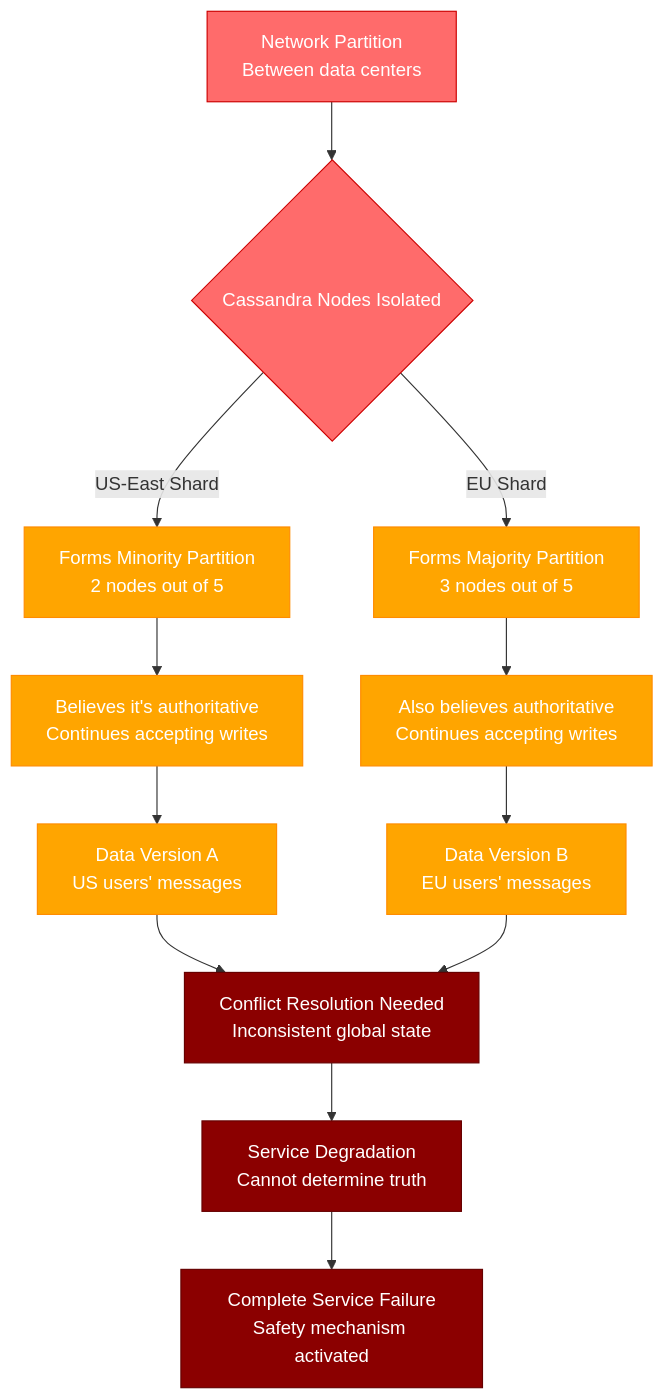
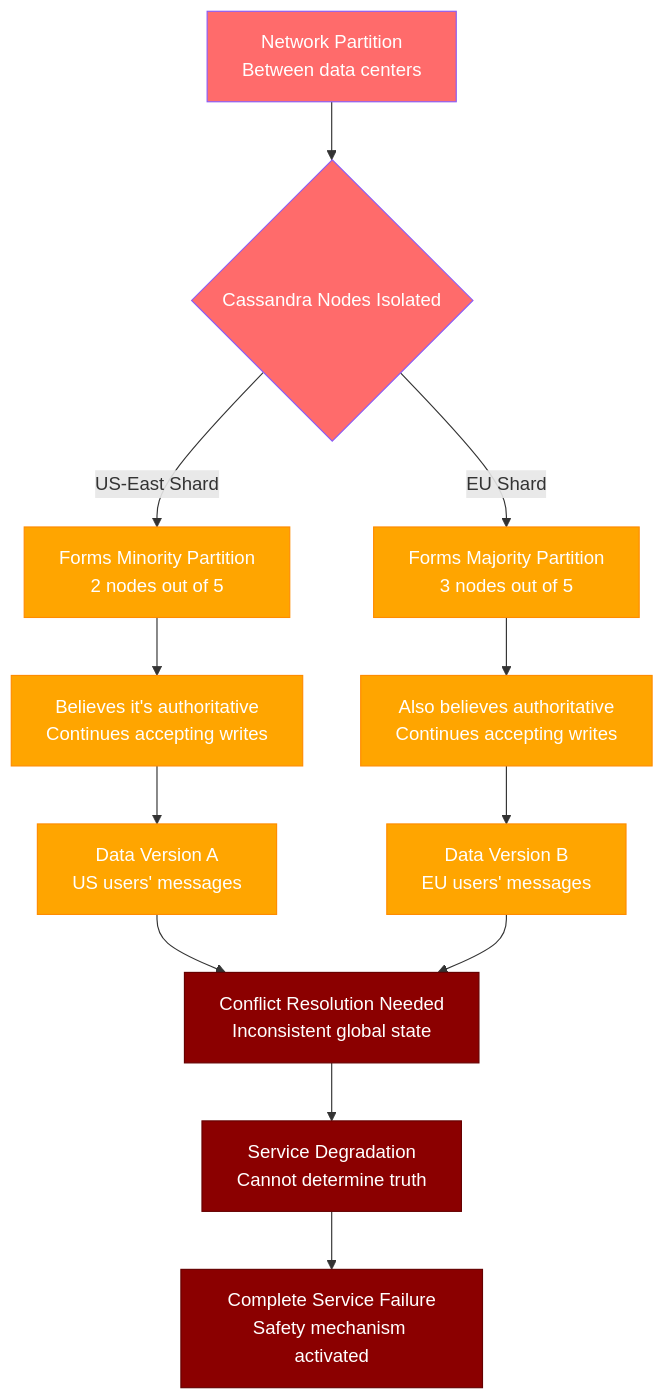
One commit to deepaucksharma/DS changed the sixth of 12 diagrams in site/docs/incidents/discord-march-2024.md. Above: the diagram before and after it, drawn with Mermaid. The commit also changed other lines of this file and 303 other files, not shown here.

````diff
--- a/site/docs/incidents/discord-march-2024.md
+++ b/site/docs/incidents/discord-march-2024.md
@@ -234,26 +234,26 @@
 ```mermaid
 flowchart TD
     A[Network Partition<br/>Between data centers] --> B{Cassandra Nodes Isolated}
     B -->|US-East Shard| C[Forms Minority Partition<br/>2 nodes out of 5]
     B -->|EU Shard| D[Forms Majority Partition<br/>3 nodes out of 5]
 
     C --> E[Believes it's authoritative<br/>Continues accepting writes]
     D --> F[Also believes authoritative<br/>Continues accepting writes]
 
     E --> G[Data Version A<br/>US users' messages]
     F --> H[Data Version B<br/>EU users' messages]
 
     G --> I[Conflict Resolution Needed<br/>Inconsistent global state]
     H --> I
 
     I --> J[Service Degradation<br/>Cannot determine truth]
     J --> K[Complete Service Failure<br/>Safety mechanism activated]
 
-    classDef network fill:#FF6B6B,stroke:#CC0000,color:#fff
+    classDef network fill:#FF6B6B,stroke:#8B5CF6,color:#fff
     classDef partition fill:#FFA500,stroke:#FF8C00,color:#fff
     classDef conflict fill:#8B0000,stroke:#660000,color:#fff
 
     class A,B network
     class C,D,E,F,G,H partition
     class I,J,K conflict
 ```
````
